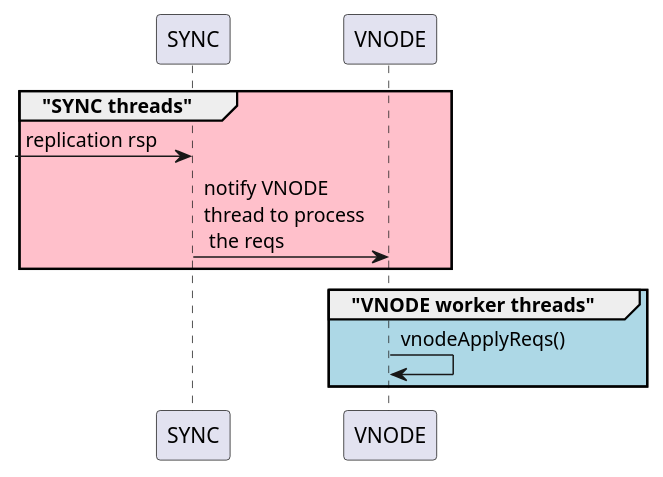
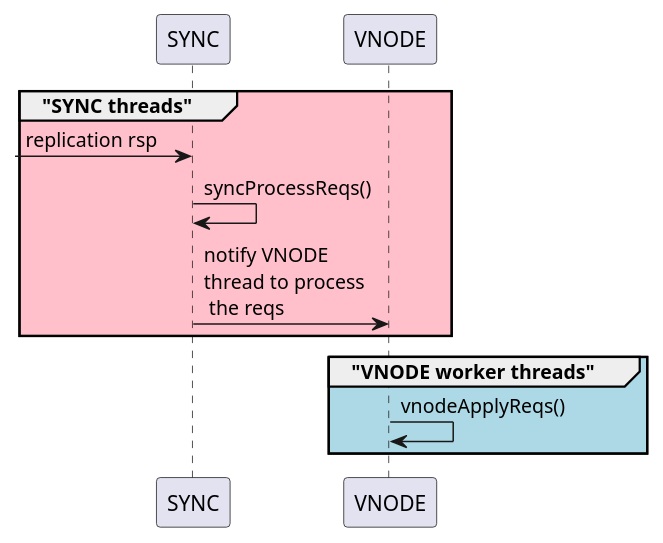
Before and after one commit to taosdata/TDengine: the fifth of 5 diagrams in docs/scratch.md, drawn with PlantUML. The commit also changed other lines of this file, not shown here.

````diff
--- a/docs/scratch.md
+++ b/docs/scratch.md
@@ -154,16 +219,18 @@
 ```plantuml
-    @startuml comfirm_process
+    @startuml follower_process_eventual_consistency
     participant SYNC as sync
     participant VNODE as vnode
 
     group #pink "SYNC threads"
         -> sync: replication rsp
+
+        sync -> sync: syncProcessReqs()
 
         sync -> vnode: notify VNODE \nthread to process\n the reqs
     end
 
     group #lightblue "VNODE worker threads"
         vnode -> vnode: vnodeApplyReqs()
     end
     @enduml
 ```
````
